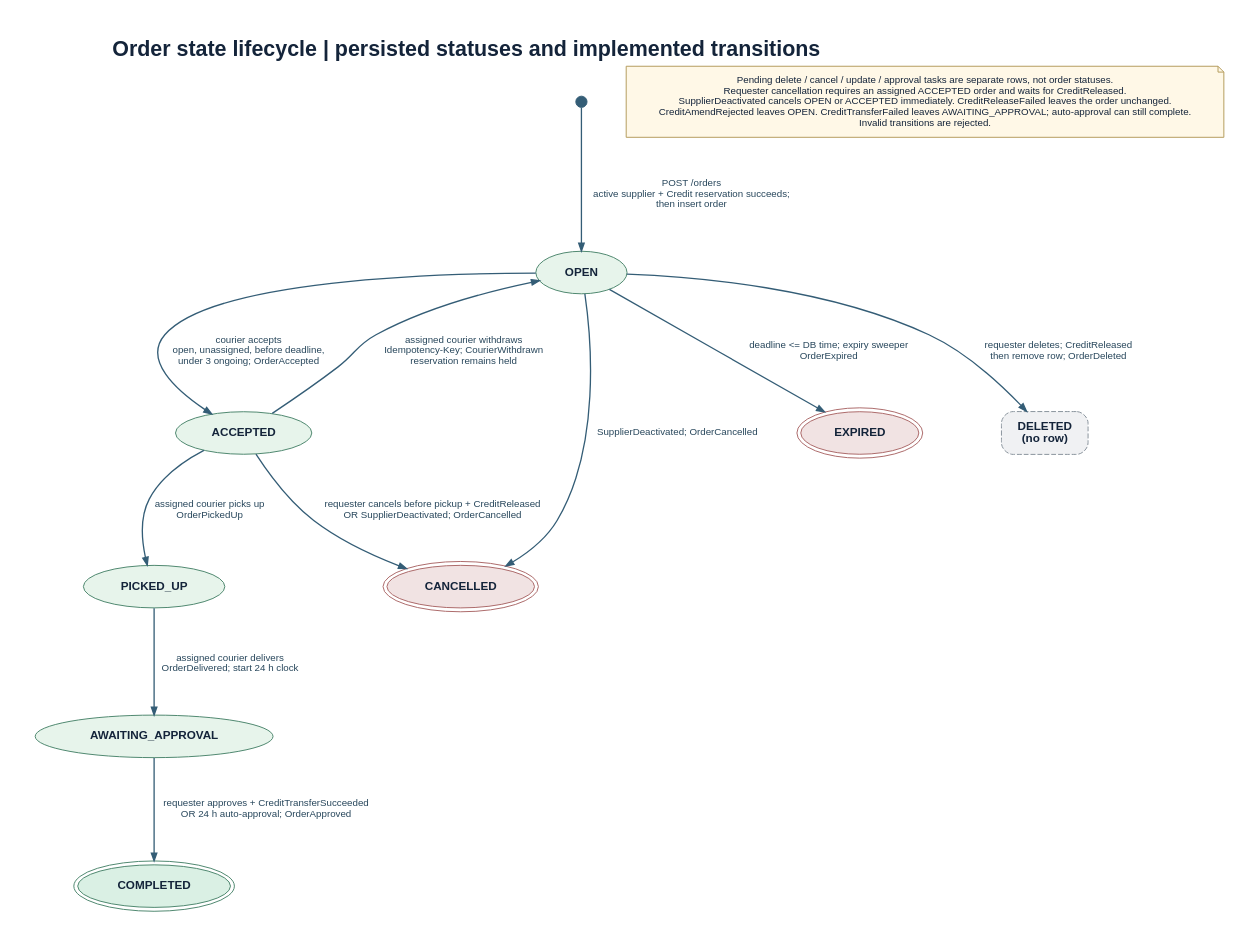
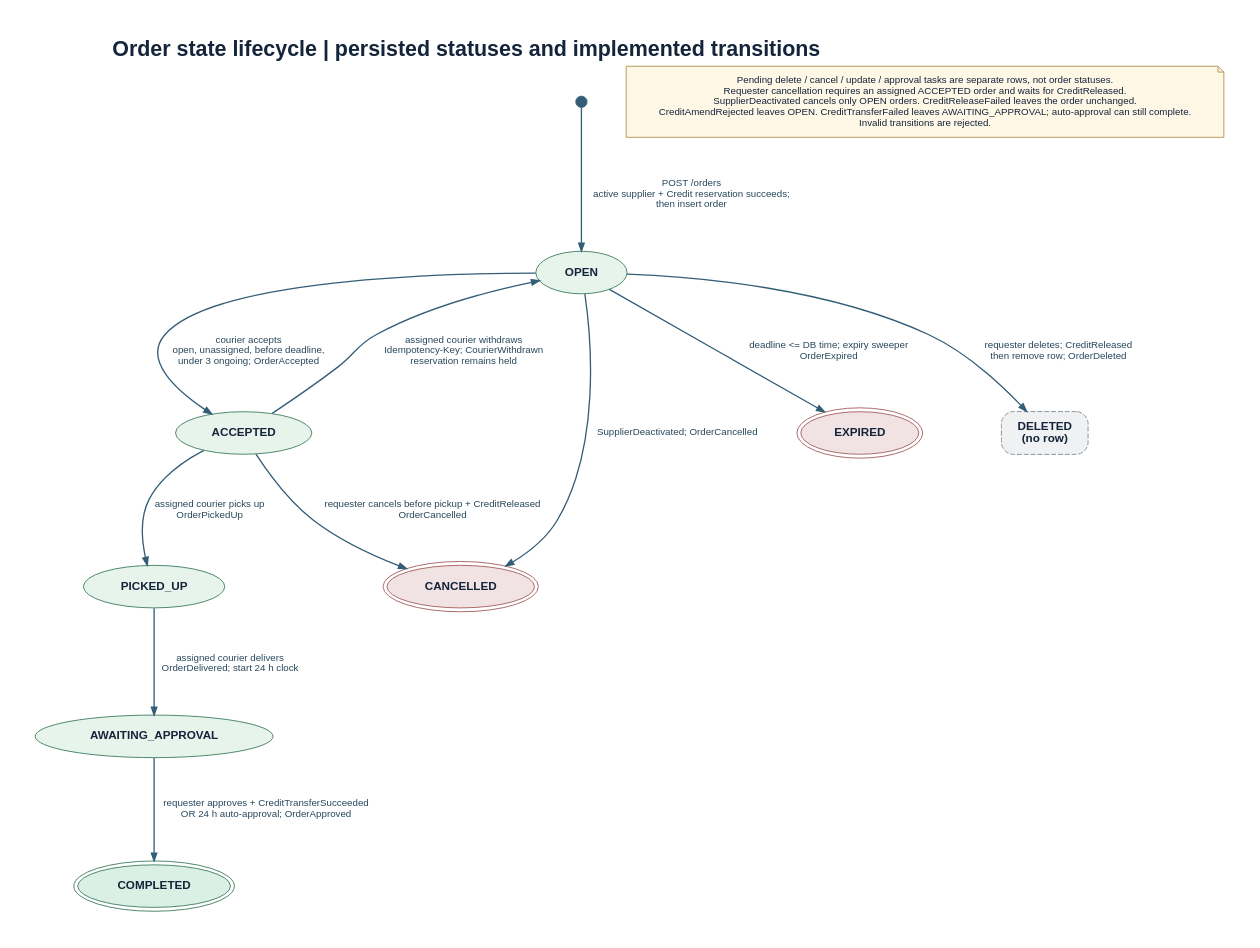
One commit to CS3219-AY2627S1/FoC-Template changed the diagram in order-service/docs/order-state-machine.dot. Above: the diagram before and after it, drawn with Graphviz. The commit also changed 8 other files, not shown here.

Commit message:
Deactivation only cancels OPEN orders

```diff
--- a/order-service/docs/order-state-machine.dot
+++ b/order-service/docs/order-state-machine.dot
@@ -1,36 +1,36 @@
 // AI-INFLUENCED: Persisted Order lifecycle state machine updated with Codex from current transition/workflow code and D1 requirements.
 digraph OrderStateMachine {
   graph [
     label="Order state lifecycle | persisted statuses and implemented transitions",
     labelloc=t, labeljust=l, fontsize=22, fontname="Helvetica-Bold",
     fontcolor="#14243a", bgcolor="white", pad=0.4, rankdir=TB,
     splines=true, nodesep=0.55, ranksep=1.15
   ];
   node [shape=ellipse, style=filled, fontname="Helvetica-Bold", fontsize=12,
         color="#4d866e", fillcolor="#e7f4eb", fontcolor="#14243a", margin="0.20,0.12"];
   edge [fontname="Helvetica", fontsize=10, color="#345d76", fontcolor="#28475c", arrowsize=0.8, penwidth=1.35];
 
   start [shape=point, label="", width=0.16, fillcolor="#345d76", color="#345d76"];
   OPEN [label="OPEN"];
   ACCEPTED [label="ACCEPTED"];
   PICKED_UP [label="PICKED_UP"];
   AWAITING_APPROVAL [label="AWAITING_APPROVAL"];
   COMPLETED [label="COMPLETED", peripheries=2, fillcolor="#daf0e4"];
   CANCELLED [label="CANCELLED", peripheries=2, fillcolor="#f1e3e3", color="#ab6868"];
   EXPIRED [label="EXPIRED", peripheries=2, fillcolor="#f1e3e3", color="#ab6868"];
   DELETED [label="DELETED\n(no row)", shape=box, style="rounded,dashed,filled", fillcolor="#f0f1f3", color="#87919b"];
 
   start -> OPEN [label="POST /orders\nactive supplier + Credit reservation succeeds;\nthen insert order"];
   OPEN -> ACCEPTED [label="courier accepts\nopen, unassigned, before deadline,\nunder 3 ongoing; OrderAccepted"];
   ACCEPTED -> OPEN [label="assigned courier withdraws\nIdempotency-Key; CourierWithdrawn\nreservation remains held"];
   ACCEPTED -> PICKED_UP [label="assigned courier picks up\nOrderPickedUp"];
   PICKED_UP -> AWAITING_APPROVAL [label="assigned courier delivers\nOrderDelivered; start 24 h clock"];
   AWAITING_APPROVAL -> COMPLETED [label="requester approves + CreditTransferSucceeded\nOR 24 h auto-approval; OrderApproved"];
   OPEN -> CANCELLED [label="SupplierDeactivated; OrderCancelled"];
-  ACCEPTED -> CANCELLED [label="requester cancels before pickup + CreditReleased\nOR SupplierDeactivated; OrderCancelled"];
+  ACCEPTED -> CANCELLED [label="requester cancels before pickup + CreditReleased\nOrderCancelled"];
   OPEN -> EXPIRED [label="deadline <= DB time; expiry sweeper\nOrderExpired"];
   OPEN -> DELETED [label="requester deletes; CreditReleased\nthen remove row; OrderDeleted"];
 
   note [shape=note, style=filled, color="#b49c5c", fillcolor="#fff8e7", fontname="Helvetica", fontsize=10,
-    label="Pending delete / cancel / update / approval tasks are separate rows, not order statuses.\nRequester cancellation requires an assigned ACCEPTED order and waits for CreditReleased.\nSupplierDeactivated cancels OPEN or ACCEPTED immediately. CreditReleaseFailed leaves the order unchanged.\nCreditAmendRejected leaves OPEN. CreditTransferFailed leaves AWAITING_APPROVAL; auto-approval can still complete.\nInvalid transitions are rejected."];
+    label="Pending delete / cancel / update / approval tasks are separate rows, not order statuses.\nRequester cancellation requires an assigned ACCEPTED order and waits for CreditReleased.\nSupplierDeactivated cancels only OPEN orders. CreditReleaseFailed leaves the order unchanged.\nCreditAmendRejected leaves OPEN. CreditTransferFailed leaves AWAITING_APPROVAL; auto-approval can still complete.\nInvalid transitions are rejected."];
 }
```
